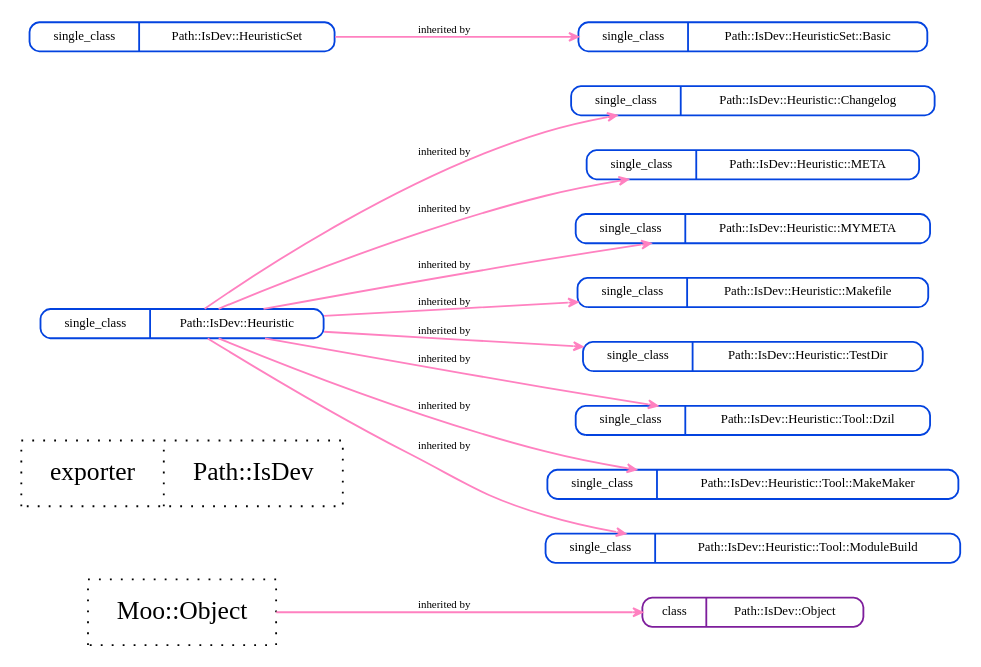
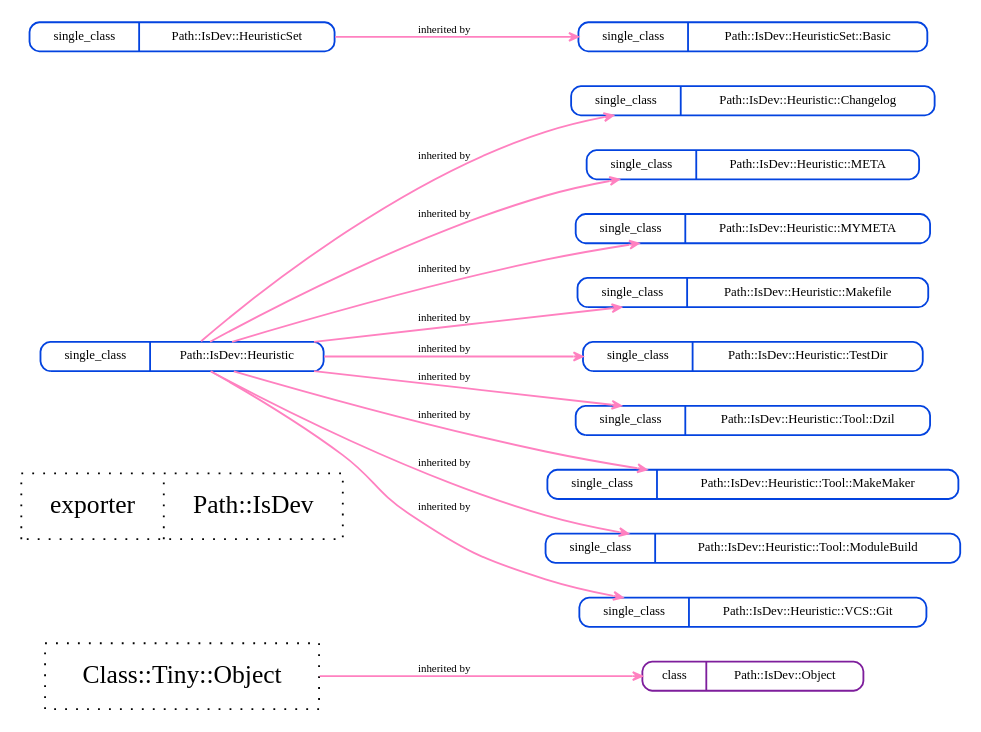
Before and after one commit to gitpan/Path-IsDev: the diagram in layout/self_structure.dot, drawn with Graphviz. The commit also changed 30 other files, not shown here.

First line of the commit message:
Import of KENTNL/Path-IsDev-0.3.0 from CPAN.

```diff
--- a/layout/self_structure.dot
+++ b/layout/self_structure.dot
@@ -1,29 +1,31 @@
 strict digraph Perl {
 	graph [compound=1, concentrate=1, overlap=false, rankdir=LR, ranksep=1, smoothing=triangle, splines=spline];
 	node [label="\N", shape=record, style=dotted];
 	edge [minlen=1];
-	"Moo::Object" [label="<port1> Moo::Object"];
+	"Class::Tiny::Object" [label="<port1> Class::Tiny::Object"];
 	"Path::IsDev" [label="{{<port1> exporter}|<port2> Path::IsDev}"];
 	"Path::IsDev::Heuristic" [label="{{<port1> single_class}|<port2> Path::IsDev::Heuristic}", shape=Mrecord, style=solid, color="#0343df", fontsize=7, height="0.1"];
 	"Path::IsDev::Heuristic::Changelog" [label="{{<port1> single_class}|<port2> Path::IsDev::Heuristic::Changelog}", shape=Mrecord, style=solid, color="#0343df", fontsize=7, height="0.1"];
 	"Path::IsDev::Heuristic::META" [label="{{<port1> single_class}|<port2> Path::IsDev::Heuristic::META}", shape=Mrecord, style=solid, color="#0343df", fontsize=7, height="0.1"];
 	"Path::IsDev::Heuristic::MYMETA" [label="{{<port1> single_class}|<port2> Path::IsDev::Heuristic::MYMETA}", shape=Mrecord, style=solid, color="#0343df", fontsize=7, height="0.1"];
 	"Path::IsDev::Heuristic::Makefile" [label="{{<port1> single_class}|<port2> Path::IsDev::Heuristic::Makefile}", shape=Mrecord, style=solid, color="#0343df", fontsize=7, height="0.1"];
 	"Path::IsDev::Heuristic::TestDir" [label="{{<port1> single_class}|<port2> Path::IsDev::Heuristic::TestDir}", shape=Mrecord, style=solid, color="#0343df", fontsize=7, height="0.1"];
 	"Path::IsDev::Heuristic::Tool::Dzil" [label="{{<port1> single_class}|<port2> Path::IsDev::Heuristic::Tool::Dzil}", shape=Mrecord, style=solid, color="#0343df", fontsize=7, height="0.1"];
 	"Path::IsDev::Heuristic::Tool::MakeMaker" [label="{{<port1> single_class}|<port2> Path::IsDev::Heuristic::Tool::MakeMaker}", shape=Mrecord, style=solid, color="#0343df", fontsize=7, height="0.1"];
 	"Path::IsDev::Heuristic::Tool::ModuleBuild" [label="{{<port1> single_class}|<port2> Path::IsDev::Heuristic::Tool::ModuleBuild}", shape=Mrecord, style=solid, color="#0343df", fontsize=7, height="0.1"];
+	"Path::IsDev::Heuristic::VCS::Git" [label="{{<port1> single_class}|<port2> Path::IsDev::Heuristic::VCS::Git}", shape=Mrecord, style=solid, color="#0343df", fontsize=7, height="0.1"];
 	"Path::IsDev::HeuristicSet" [label="{{<port1> single_class}|<port2> Path::IsDev::HeuristicSet}", shape=Mrecord, style=solid, color="#0343df", fontsize=7, height="0.1"];
 	"Path::IsDev::HeuristicSet::Basic" [label="{{<port1> single_class}|<port2> Path::IsDev::HeuristicSet::Basic}", shape=Mrecord, style=solid, color="#0343df", fontsize=7, height="0.1"];
 	"Path::IsDev::Object" [label="{{<port1> class}|<port2> Path::IsDev::Object}", shape=Mrecord, style=solid, color="#7e1e9c", fontsize=7, height="0.1"];
-	"Moo::Object" -> "Path::IsDev::Object" [arrowhead=open, arrowsize="0.5", color="#ff81c0", dir=forward, fontsize=6, headclip=1, label="inherited by", samehead=head, tailclip=1, weight=10];
+	"Class::Tiny::Object" -> "Path::IsDev::Object" [arrowhead=open, arrowsize="0.5", color="#ff81c0", dir=forward, fontsize=6, headclip=1, label="inherited by", samehead=head, tailclip=1, weight=10];
 	"Path::IsDev::Heuristic" -> "Path::IsDev::Heuristic::Changelog" [arrowhead=open, arrowsize="0.5", color="#ff81c0", dir=forward, fontsize=6, headclip=1, label="inherited by", samehead=head, tailclip=1, weight=10];
 	"Path::IsDev::Heuristic" -> "Path::IsDev::Heuristic::TestDir" [arrowhead=open, arrowsize="0.5", color="#ff81c0", dir=forward, fontsize=6, headclip=1, label="inherited by", samehead=head, tailclip=1, weight=10];
 	"Path::IsDev::Heuristic" -> "Path::IsDev::Heuristic::META" [arrowhead=open, arrowsize="0.5", color="#ff81c0", dir=forward, fontsize=6, headclip=1, label="inherited by", samehead=head, tailclip=1, weight=10];
 	"Path::IsDev::Heuristic" -> "Path::IsDev::Heuristic::MYMETA" [arrowhead=open, arrowsize="0.5", color="#ff81c0", dir=forward, fontsize=6, headclip=1, label="inherited by", samehead=head, tailclip=1, weight=10];
 	"Path::IsDev::Heuristic" -> "Path::IsDev::Heuristic::Makefile" [arrowhead=open, arrowsize="0.5", color="#ff81c0", dir=forward, fontsize=6, headclip=1, label="inherited by", samehead=head, tailclip=1, weight=10];
 	"Path::IsDev::HeuristicSet" -> "Path::IsDev::HeuristicSet::Basic" [arrowhead=open, arrowsize="0.5", color="#ff81c0", dir=forward, fontsize=6, headclip=1, label="inherited by", samehead=head, tailclip=1, weight=10];
 	"Path::IsDev::Heuristic" -> "Path::IsDev::Heuristic::Tool::Dzil" [arrowhead=open, arrowsize="0.5", color="#ff81c0", dir=forward, fontsize=6, headclip=1, label="inherited by", samehead=head, tailclip=1, weight=10];
 	"Path::IsDev::Heuristic" -> "Path::IsDev::Heuristic::Tool::MakeMaker" [arrowhead=open, arrowsize="0.5", color="#ff81c0", dir=forward, fontsize=6, headclip=1, label="inherited by", samehead=head, tailclip=1, weight=10];
 	"Path::IsDev::Heuristic" -> "Path::IsDev::Heuristic::Tool::ModuleBuild" [arrowhead=open, arrowsize="0.5", color="#ff81c0", dir=forward, fontsize=6, headclip=1, label="inherited by", samehead=head, tailclip=1, weight=10];
+	"Path::IsDev::Heuristic" -> "Path::IsDev::Heuristic::VCS::Git" [arrowhead=open, arrowsize="0.5", color="#ff81c0", dir=forward, fontsize=6, headclip=1, label="inherited by", samehead=head, tailclip=1, weight=10];
 }
```
